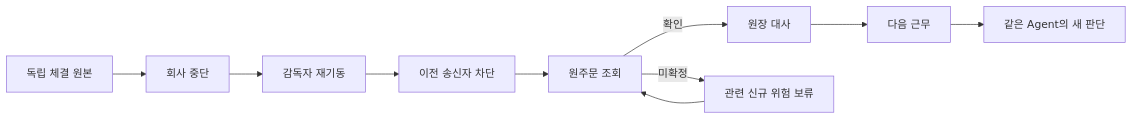
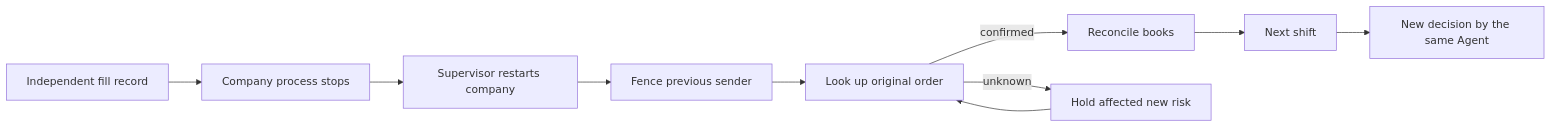
One commit to openboa-ai/sourdough changed the third of 16 diagrams in docs/company-agent-quant.md. Above: the diagram before and after it, drawn with Mermaid. The commit also changed other lines of this file and 29 other files, not shown here.

````diff
--- a/docs/company-agent-quant.md
+++ b/docs/company-agent-quant.md
@@ -115,6 +115,6 @@
 ```mermaid
 flowchart LR
-    Fill["독립 체결 원본"] --> Crash["회사 중단"] --> Restart["감독자 재기동"] --> Fence["이전 송신자 차단"] --> Lookup["원주문 조회"]
-    Lookup -->|확인| Book["원장 대사"] --> Duty["다음 근무"] --> Agent["같은 Agent의 새 판단"]
-    Lookup -->|미확정| Hold["관련 신규 위험 보류"] --> Lookup
+    Fill["Independent fill record"] --> Crash["Company process stops"] --> Restart["Supervisor restarts company"] --> Fence["Fence previous sender"] --> Lookup["Look up original order"]
+    Lookup -->|confirmed| Book["Reconcile books"] --> Duty["Next shift"] --> Agent["New decision by the same Agent"]
+    Lookup -->|unknown| Hold["Hold affected new risk"] --> Lookup
 ```
````
